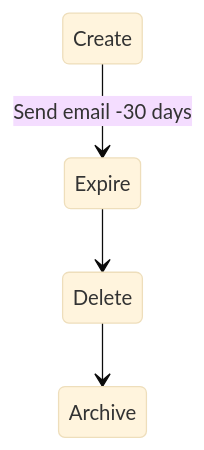
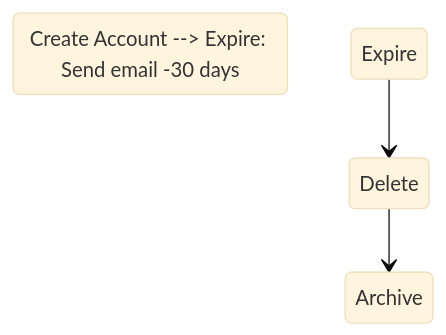
Before and after one commit to gferhpc/supercomputing.tue.nl: the diagram in pages/documentation/administration/users.md, drawn with Mermaid (base theme).

````diff
--- a/pages/documentation/administration/users.md
+++ b/pages/documentation/administration/users.md
@@ -92,7 +92,7 @@
 ```mermaid
 stateDiagram
-    Create --> Expire: Send email -30 days
+    s1: Create Account --> Expire: Send email -30 days
     Expire --> Delete
     Delete --> Archive
 
 ``` 
````
